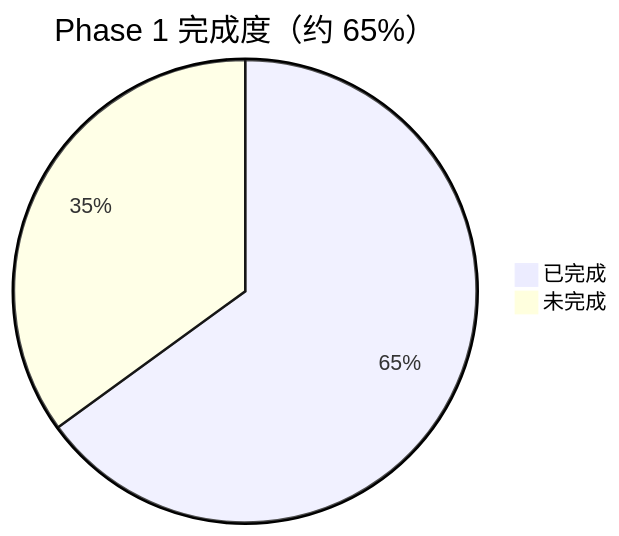
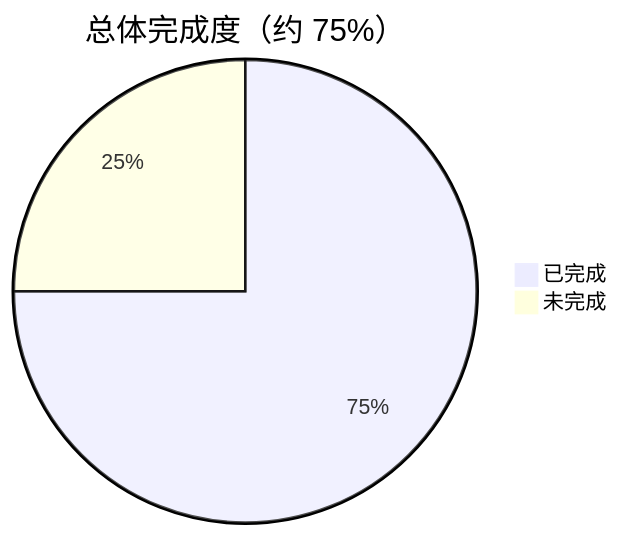
Before and after one commit to LingByte/LingVoice: the fifth of 6 diagrams in docs/11-current-flow-and-status.md, drawn with Mermaid. The commit also changed other lines of this file and 9 other files, not shown here.

````diff
--- a/docs/11-current-flow-and-status.md
+++ b/docs/11-current-flow-and-status.md
@@ -200,5 +200,5 @@
 ```mermaid
-pie title Phase 1 完成度（约 65%）
-    "已完成" : 65
-    "未完成" : 35
+pie title 总体完成度（约 75%）
+    "已完成" : 75
+    "未完成" : 25
 ```
````
